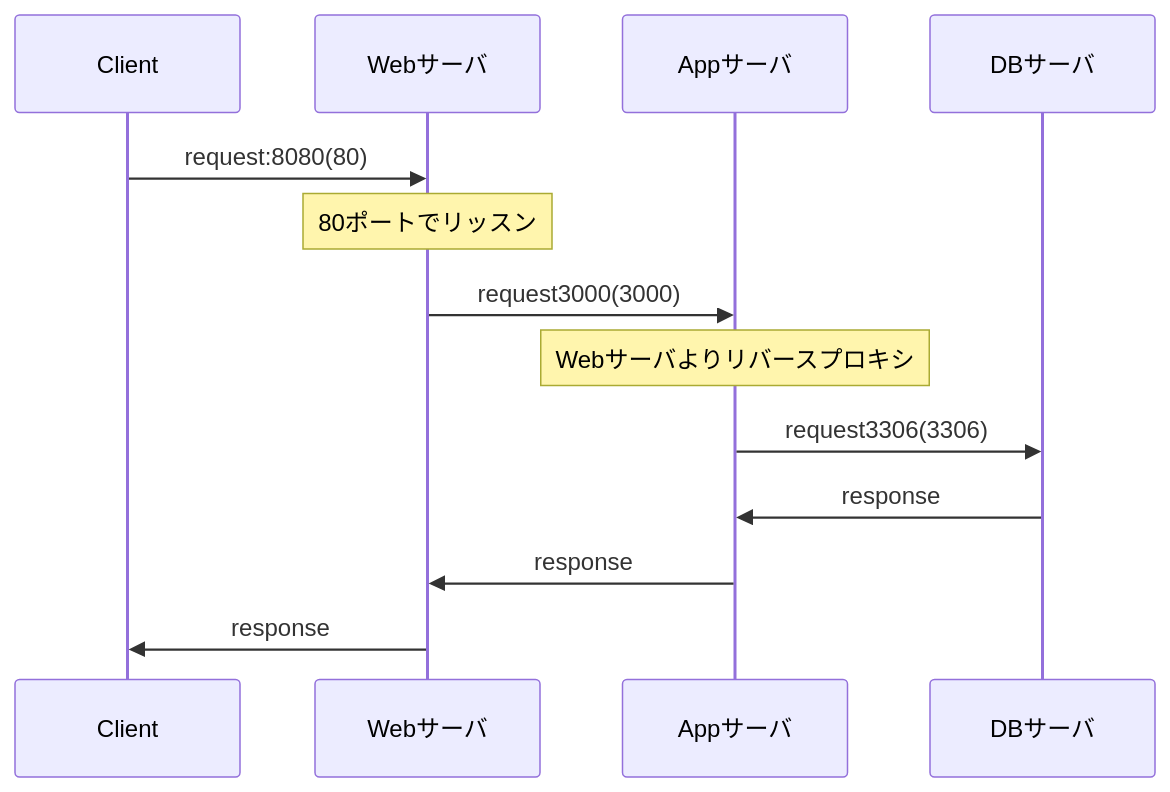
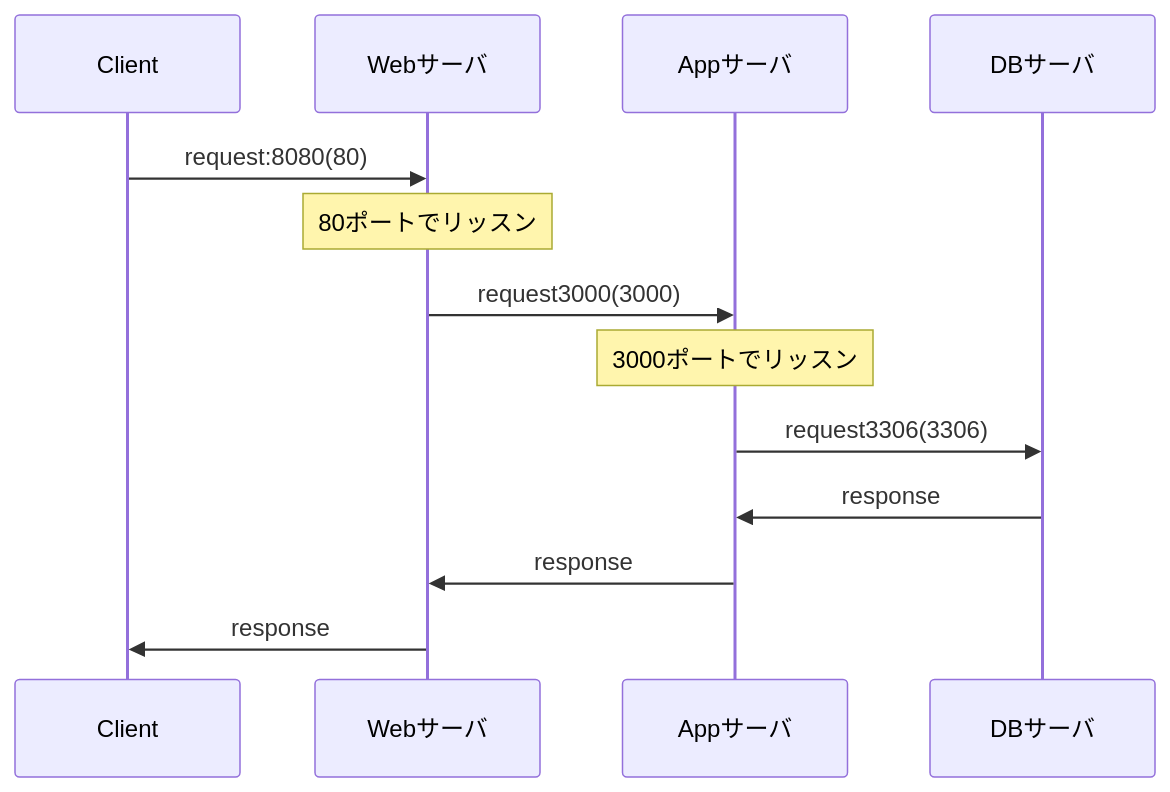
One commit to km0723/rails6_sandbox changed the diagram in README.md. Above: the diagram before and after it, drawn with Mermaid.

````diff
--- a/README.md
+++ b/README.md
@@ -13,11 +13,11 @@
 ```mermaid
 sequenceDiagram
     Client->>  Webサーバ: request:8080(80)
     Note over Webサーバ:80ポートでリッスン
     Webサーバ->> Appサーバ: request3000(3000)
-    Note over Appサーバ:Webサーバよりリバースプロキシ
+    Note over Appサーバ:3000ポートでリッスン
     Appサーバ->>DBサーバ: request3306(3306)
     DBサーバ->> Appサーバ: response
     Appサーバ->> Webサーバ: response
     Webサーバ->> Client: response
 ```
````
